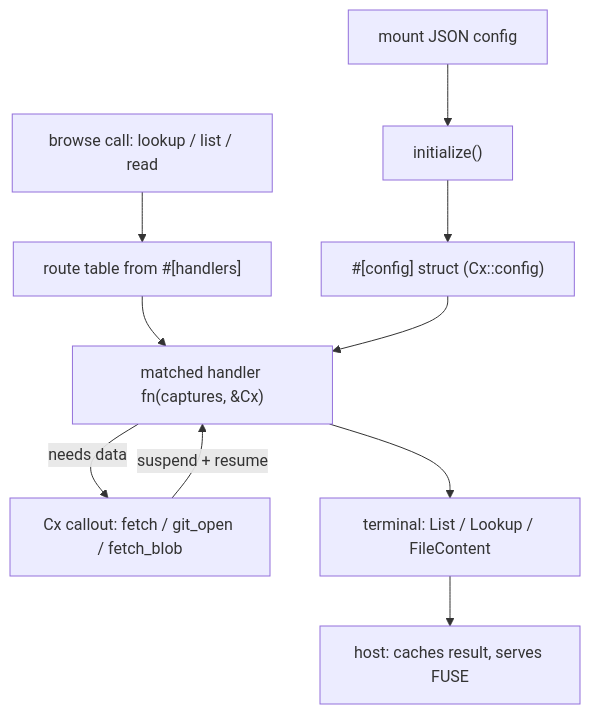
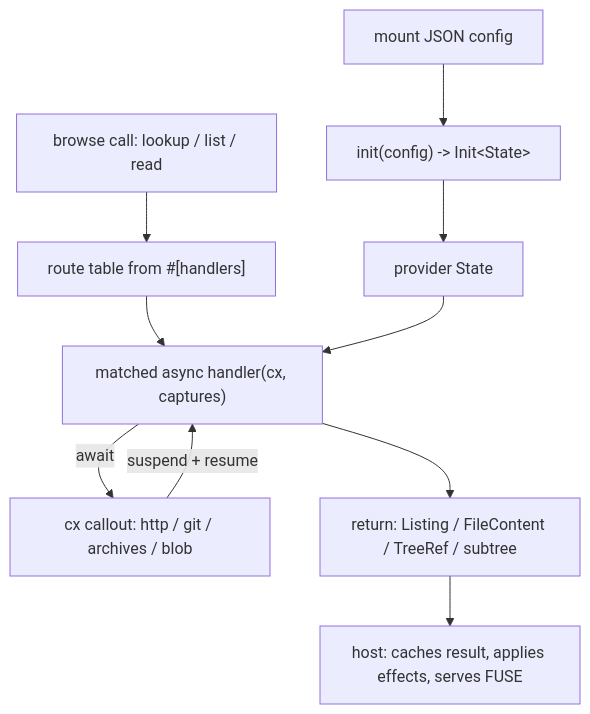
The diagram in website/src/content/docs/building-providers/overview.md (0xff-ai/omnifs), drawn with Mermaid before and after one commit. The commit also changed other lines of this file and 12 other files, not shown here.

````diff
--- a/website/src/content/docs/building-providers/overview.md
+++ b/website/src/content/docs/building-providers/overview.md
@@ -71,12 +83,12 @@
 ```mermaid
 flowchart TD
-    M["mount JSON config"] --> I["initialize()"]
-    I --> C["#[config] struct (Cx::config)"]
+    M["mount JSON config"] --> I["init(config) -> Init&lt;State&gt;"]
+    I --> ST["provider State"]
     P["browse call: lookup / list / read"] --> R["route table from #[handlers]"]
-    R --> H["matched handler fn(captures, &Cx)"]
-    C --> H
-    H -->|needs data| O["Cx callout: fetch / git_open / fetch_blob"]
+    R --> H["matched async handler(cx, captures)"]
+    ST --> H
+    H -->|await| O["cx callout: http / git / archives / blob"]
     O -->|suspend + resume| H
-    H --> T["terminal: List / Lookup / FileContent"]
-    T --> HOST["host: caches result, serves FUSE"]
+    H --> T["return: Listing / FileContent / TreeRef / subtree"]
+    T --> HOST["host: caches result, applies effects, serves FUSE"]
 ```
````
